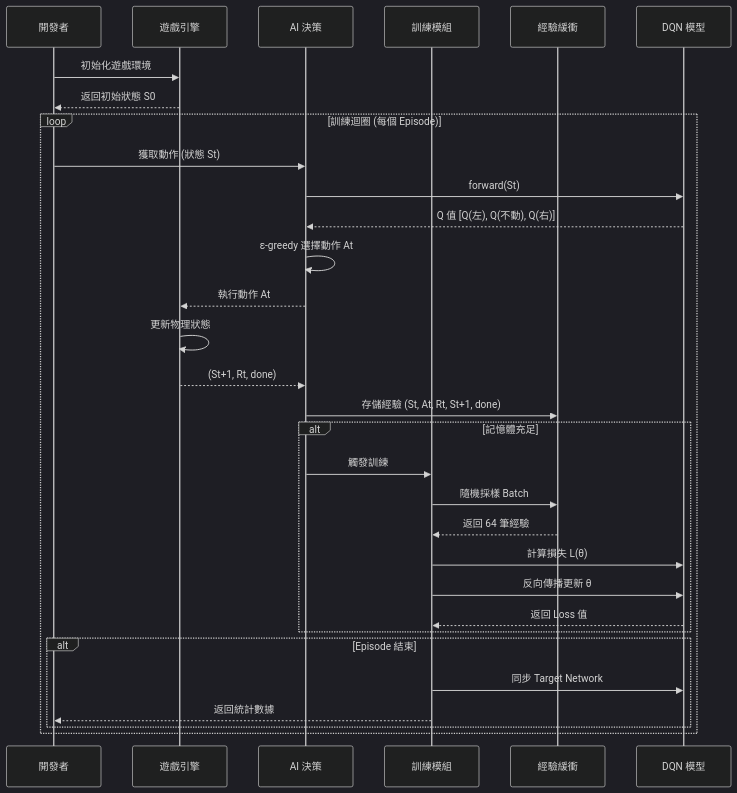
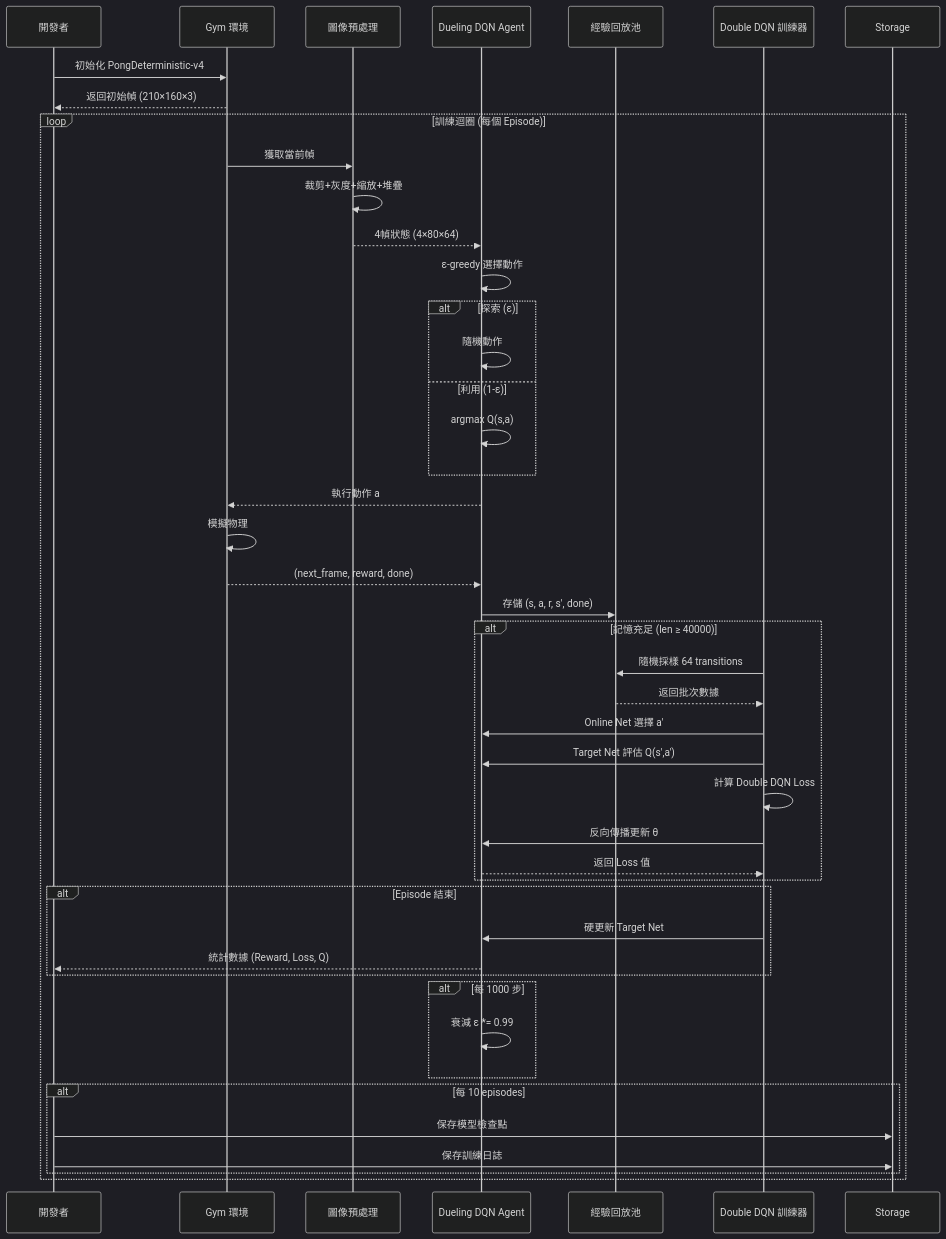
One commit to C111112104/ML_Game changed the fifth of 8 diagrams in doc/ping-pong-ai-project.md. Above: the diagram before and after it, drawn with Mermaid (dark theme). The commit also changed other lines of this file, not shown here.

````diff
--- a/doc/ping-pong-ai-project.md
+++ b/doc/ping-pong-ai-project.md
@@ -298,39 +315,56 @@
 ```mermaid
 sequenceDiagram
     participant Dev as 開發者
-    participant Env as 遊戲引擎
-    participant Agent as AI 決策
-    participant Train as 訓練模組
-    participant Mem as 經驗緩衝
-    participant DQN as DQN 模型
+    participant Env as Gym 環境
+    participant Pre as 圖像預處理
+    participant Agent as Dueling DQN Agent
+    participant Mem as 經驗回放池
+    participant Train as Double DQN 訓練器
 
-    Dev->>Env: 初始化遊戲環境
-    Env-->>Dev: 返回初始狀態 S0
+    Dev->>Env: 初始化 PongDeterministic-v4
+    Env-->>Dev: 返回初始幀 (210×160×3)
 
     loop 訓練迴圈 (每個 Episode)
-        Dev->>Agent: 獲取動作 (狀態 St)
-        Agent->>DQN: forward(St)
-        DQN-->>Agent: Q 值 [Q(左), Q(不動), Q(右)]
-        Agent->>Agent: ε-greedy 選擇動作 At
-        Agent-->>Env: 執行動作 At
+        Env->>Pre: 獲取當前幀
+        Pre->>Pre: 裁剪+灰度+縮放+堆疊
+        Pre-->>Agent: 4幀狀態 (4×80×64)
 
-        Env->>Env: 更新物理狀態
-        Env-->>Agent: (St+1, Rt, done)
+        Agent->>Agent: ε-greedy 選擇動作
+        alt 探索 (ε)
+            Agent->>Agent: 隨機動作
+        else 利用 (1-ε)
+            Agent->>Agent: argmax Q(s,a)
+        end
 
-        Agent->>Mem: 存儲經驗 (St, At, Rt, St+1, done)
+        Agent-->>Env: 執行動作 a
+        Env->>Env: 模擬物理
+        Env-->>Agent: (next_frame, reward, done)
 
-        alt 記憶體充足
-            Agent->>Train: 觸發訓練
-            Train->>Mem: 隨機採樣 Batch
-            Mem-->>Train: 返回 64 筆經驗
-            Train->>DQN: 計算損失 L(θ)
-            Train->>DQN: 反向傳播更新 θ
-            DQN-->>Train: 返回 Loss 值
+        Agent->>Mem: 存儲 (s, a, r, s', done)
+
+        alt 記憶充足 (len ≥ 40000)
+            Train->>Mem: 隨機採樣 64 transitions
+            Mem-->>Train: 返回批次數據
+
+            Train->>Agent: Online Net 選擇 a'
+            Train->>Agent: Target Net 評估 Q(s',a')
+            Train->>Train: 計算 Double DQN Loss
+            Train->>Agent: 反向傳播更新 θ
+            Agent-->>Train: 返回 Loss 值
         end
 
         alt Episode 結束
-            Train->>DQN: 同步 Target Network
-            Train-->>Dev: 返回統計數據
+            Train->>Agent: 硬更新 Target Net
+            Agent-->>Dev: 統計數據 (Reward, Loss, Q)
+        end
+
+        alt 每 1000 步
+            Agent->>Agent: 衰減 ε *= 0.99
+        end
+
+        alt 每 10 episodes
+            Dev->>Storage: 保存模型檢查點
+            Dev->>Storage: 保存訓練日誌
         end
     end
 ```
````
